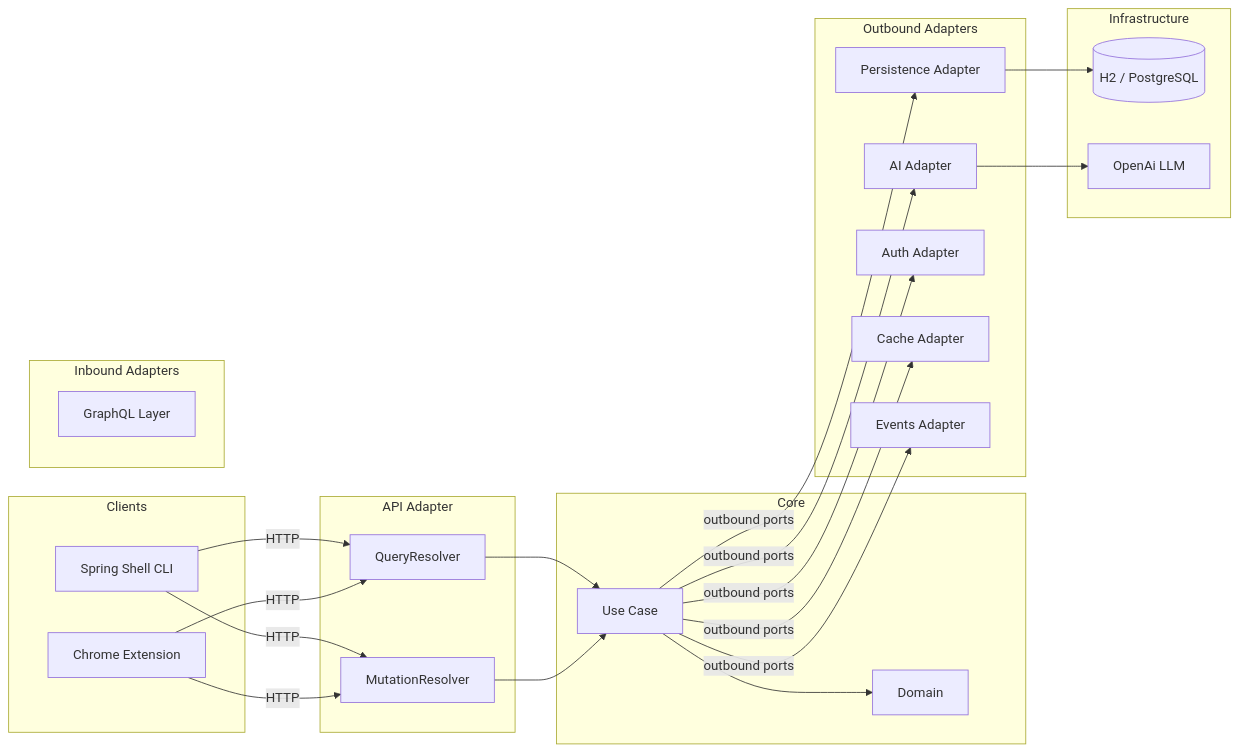
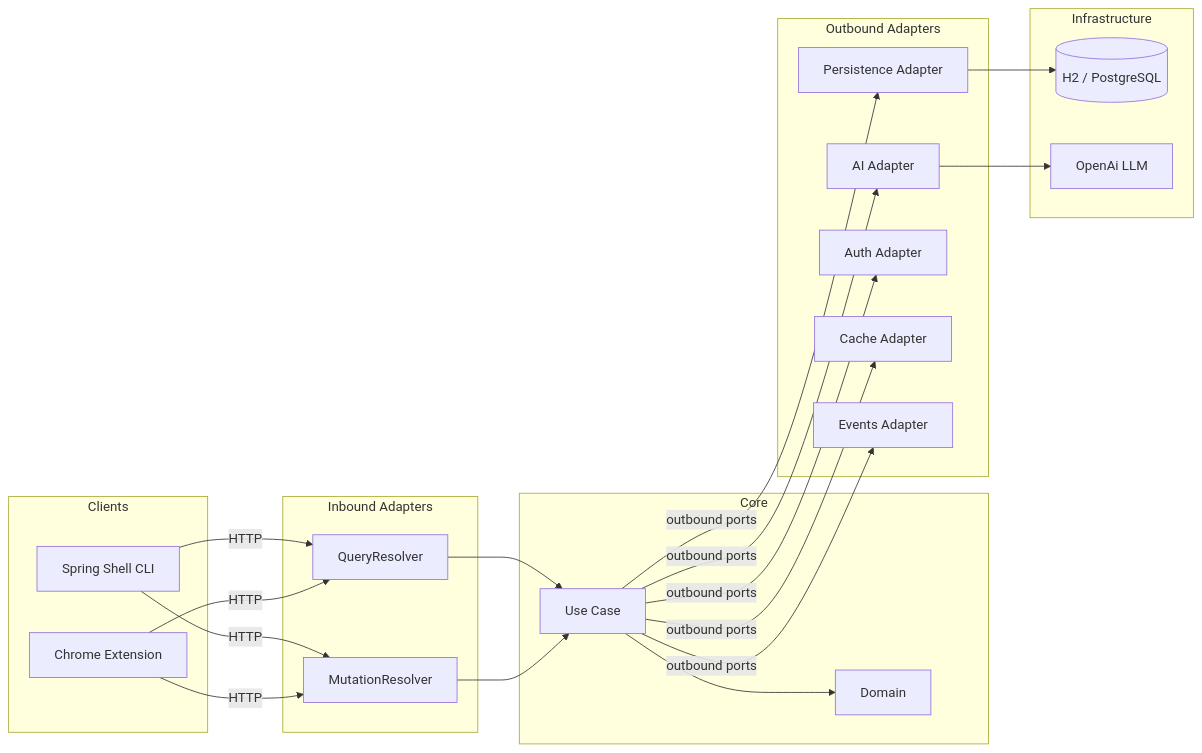
The second of 3 diagrams in README.md (JuanPabloJimenezEsclusa/alexandra-job-tracker), drawn with Mermaid before and after one commit. The commit also changed 22 other files, not shown here.

````diff
--- a/README.md
+++ b/README.md
@@ -160,41 +160,37 @@
 ```mermaid
 flowchart LR
   subgraph clients [Clients]
     CLI["Spring Shell CLI"]
     Ext["Chrome Extension"]
   end
 
-  subgraph api [API Adapter]
+  subgraph inbound [Inbound Adapters]
     QR["QueryResolver"]
     MR["MutationResolver"]
-  end
-
-  subgraph inbound [Inbound Adapters]
-    gql["GraphQL Layer"]
   end
 
   subgraph core [Core]
     UC["Use Case"]
     Domain["Domain"]
   end
 
   subgraph outbound [Outbound Adapters]
     JPA["Persistence Adapter"]
     AI["AI Adapter"]
     Auth["Auth Adapter"]
     Cache["Cache Adapter"]
     Events["Events Adapter"]
   end
 
   subgraph storage [Infrastructure]
     DB[("H2 / PostgreSQL")]
     LLM["OpenAi LLM"]
   end
 
   CLI --> |HTTP| QR & MR
   Ext --> |HTTP| QR & MR
   QR & MR --> UC --> Domain
   UC --> |outbound ports| JPA & AI & Auth & Cache & Events
   JPA --> DB
   AI --> LLM
 ```
````
